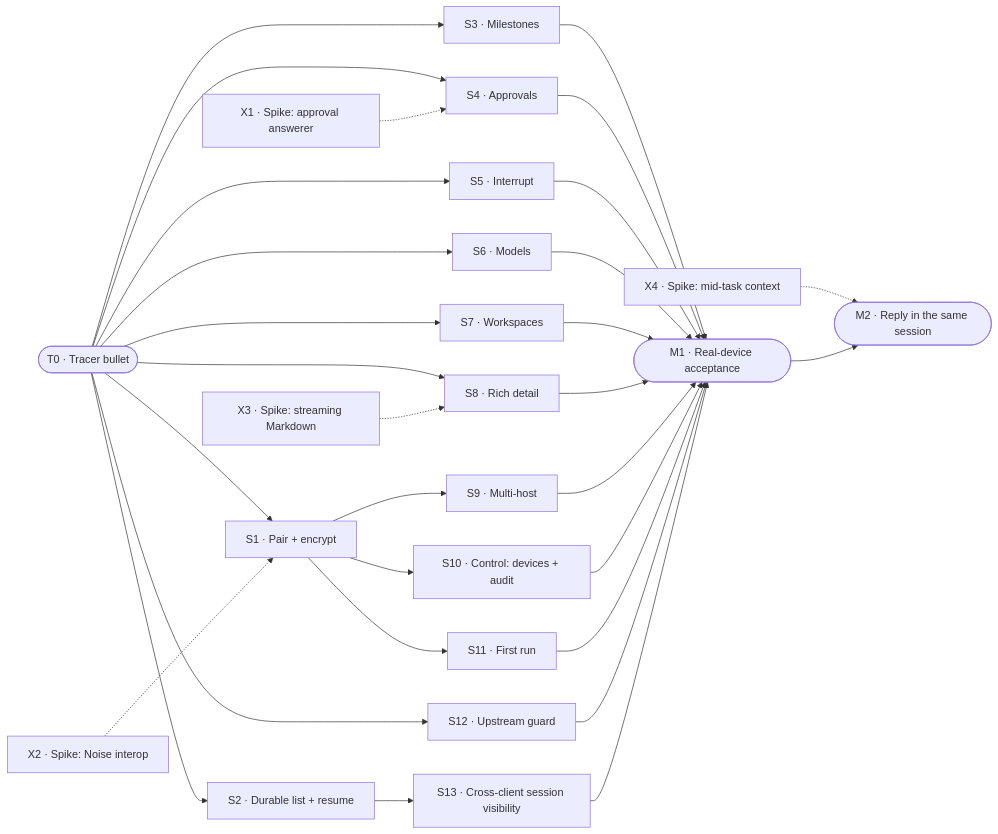
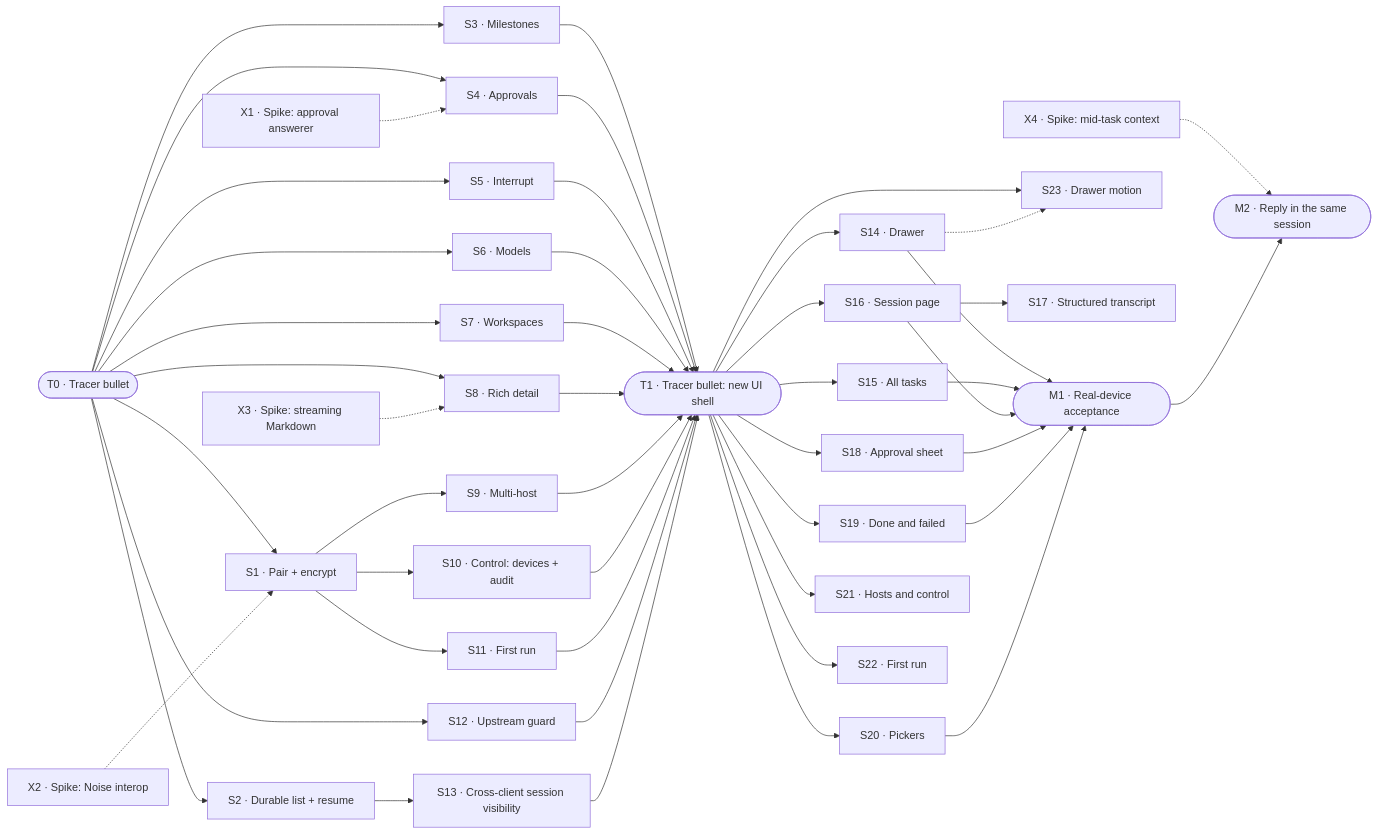
Before and after one commit to laichang/dsh-mobile: the diagram in PLAN.md, drawn with Mermaid. The commit also changed other lines of this file, not shown here.

Commit message:
Plan the UI move to the design board: T1 shell tracer and S14–S23

````diff
--- a/PLAN.md
+++ b/PLAN.md
@@ -85,32 +96,46 @@
 ```mermaid
 flowchart LR
     T0([T0 · Tracer bullet])
 
     X1[X1 · Spike: approval answerer]
     X2[X2 · Spike: Noise interop]
     X3[X3 · Spike: streaming Markdown]
     X4[X4 · Spike: mid-task context]
 
     T0 --> S1[S1 · Pair + encrypt]
     T0 --> S2[S2 · Durable list + resume]
     T0 --> S3[S3 · Milestones]
     T0 --> S4[S4 · Approvals]
     T0 --> S5[S5 · Interrupt]
     T0 --> S6[S6 · Models]
     T0 --> S7[S7 · Workspaces]
     T0 --> S8[S8 · Rich detail]
     T0 --> S12[S12 · Upstream guard]
     S2 --> S13[S13 · Cross-client session visibility]
 
     X2 -.-> S1
     X1 -.-> S4
     X3 -.-> S8
     X4 -.-> M2([M2 · Reply in the same session])
 
     S1 --> S9[S9 · Multi-host]
     S1 --> S10[S10 · Control: devices + audit]
     S1 --> S11[S11 · First run]
 
-    S3 & S4 & S5 & S6 & S7 & S8 & S9 & S10 & S11 & S12 & S13 --> M1([M1 · Real-device acceptance])
+    S3 & S4 & S5 & S6 & S7 & S8 & S9 & S10 & S11 & S12 & S13 --> T1([T1 · Tracer bullet: new UI shell])
+
+    T1 --> S14[S14 · Drawer]
+    T1 --> S15[S15 · All tasks]
+    T1 --> S16[S16 · Session page]
+    T1 --> S18[S18 · Approval sheet]
+    T1 --> S19[S19 · Done and failed]
+    T1 --> S20[S20 · Pickers]
+    T1 --> S21[S21 · Hosts and control]
+    T1 --> S22[S22 · First run]
+    T1 --> S23[S23 · Drawer motion]
+    S16 --> S17[S17 · Structured transcript]
+    S14 -.-> S23
+
+    S14 & S15 & S16 & S18 & S19 & S20 --> M1([M1 · Real-device acceptance])
     M1 --> M2
 ```
````
